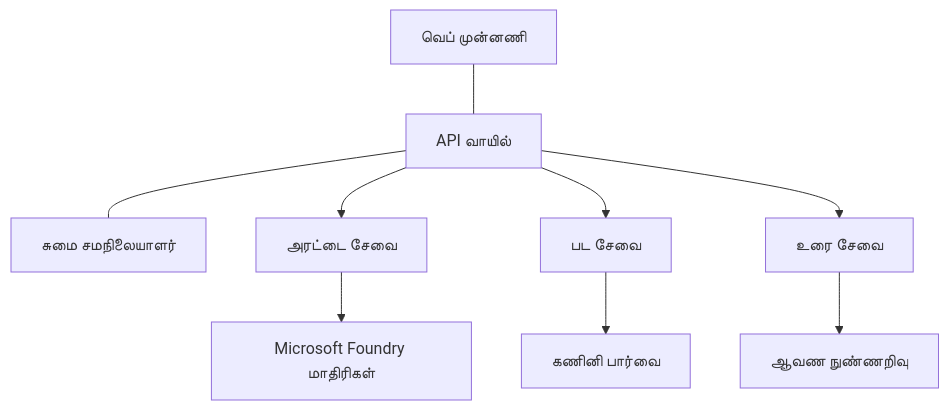
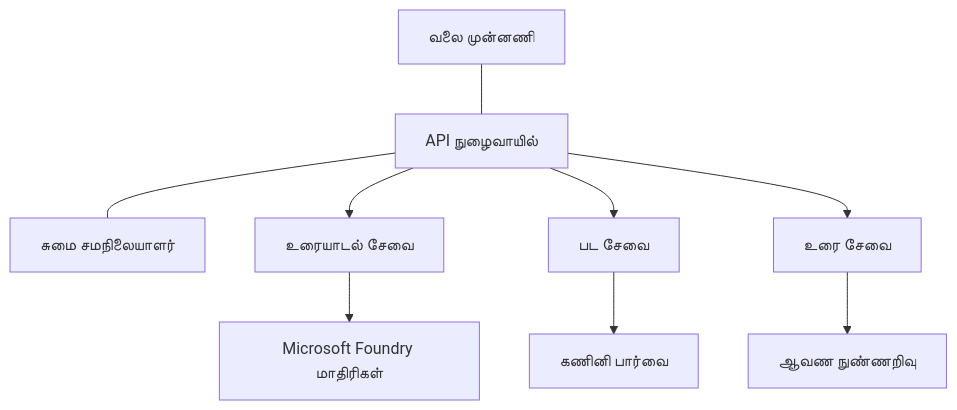
Before and after one commit to microsoft/AZD-for-beginners: the diagram in translations/ta/docs/chapter-08-production/production-ai-practices.md, drawn with Mermaid. The commit also changed other lines of this file and 104 other files, not shown here.

````diff
--- a/translations/ta/docs/chapter-08-production/production-ai-practices.md
+++ b/translations/ta/docs/chapter-08-production/production-ai-practices.md
@@ -30,10 +30,10 @@
 ```mermaid
 graph TD
-    Frontend[வெப் முன்னணி] --- Gateway[API வாயில்] --- LB[சுமை சமநிலையாளர்]
-    Gateway --> Chat[அரட்டை சேவை]
+    Frontend[வலை முன்னணி] --- Gateway[API நுழைவாயில்] --- LB[சுமை சமநிலையாளர்]
+    Gateway --> Chat[உரையாடல் சேவை]
     Gateway --> Image[பட சேவை]
     Gateway --> Text[உரை சேவை]
     Chat --> OpenAI[Microsoft Foundry மாதிரிகள்]
     Image --> Vision[கணினி பார்வை]
     Text --> DocIntel[ஆவண நுண்ணறிவு]
 ```
````
